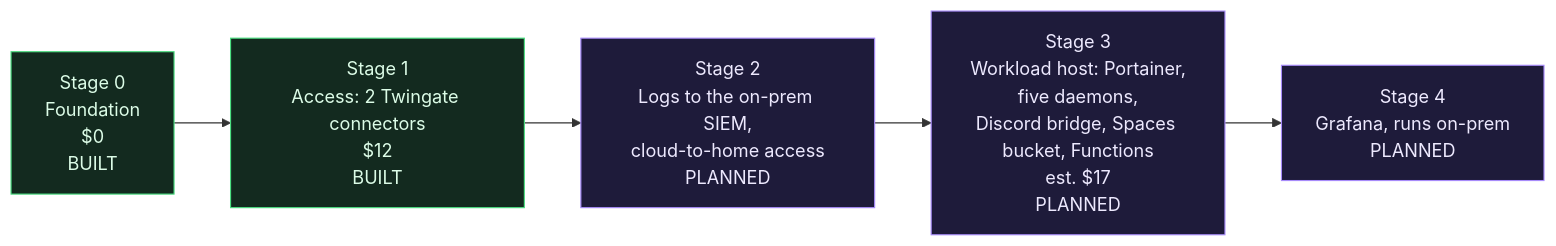
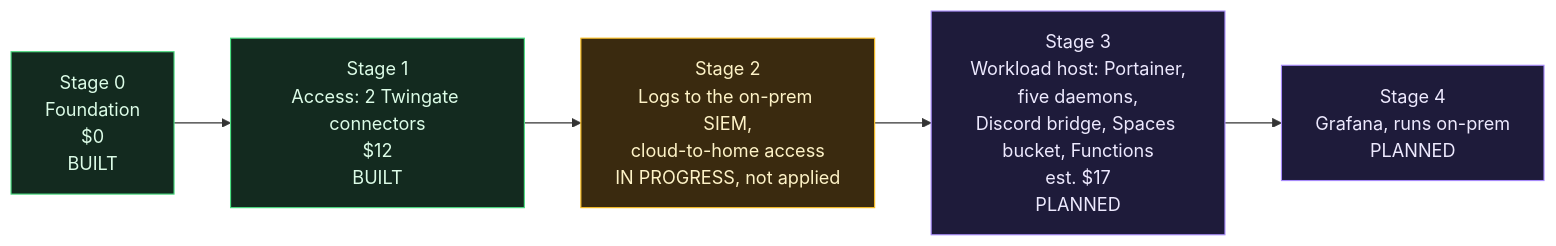
One commit to ChiefGyk3D/Clouds-Against-Humanity changed the diagram in docs/wiki/Roadmap.md. Above: the diagram before and after it, drawn with Mermaid. The commit also changed other lines of this file and 5 other files, not shown here.

First line of the commit message:
docs: bring the Roadmap stage 2 status up to date (#106)

````diff
--- a/docs/wiki/Roadmap.md
+++ b/docs/wiki/Roadmap.md
@@ -12,12 +12,13 @@
 ```mermaid
 flowchart LR
     s0["Stage 0<br/>Foundation<br/>$0<br/>BUILT"]:::done
     s1["Stage 1<br/>Access: 2 Twingate connectors<br/>$12<br/>BUILT"]:::done
-    s2["Stage 2<br/>Logs to the on-prem SIEM,<br/>cloud-to-home access<br/>PLANNED"]:::plan
+    s2["Stage 2<br/>Logs to the on-prem SIEM,<br/>cloud-to-home access<br/>IN PROGRESS, not applied"]:::wip
     s3["Stage 3<br/>Workload host: Portainer,<br/>five daemons,<br/>Discord bridge, Spaces bucket, Functions<br/>est. $17<br/>PLANNED"]:::plan
     s4["Stage 4<br/>Grafana, runs on-prem<br/>PLANNED"]:::plan
     s0 --> s1 --> s2 --> s3 --> s4
 
     classDef done fill:#132a1f,stroke:#4ade80,color:#dcfce7
+    classDef wip fill:#3a2a0f,stroke:#fbbf24,color:#fef3c7
     classDef plan fill:#1e1b3a,stroke:#a78bfa,color:#ede9fe
 ```
````
